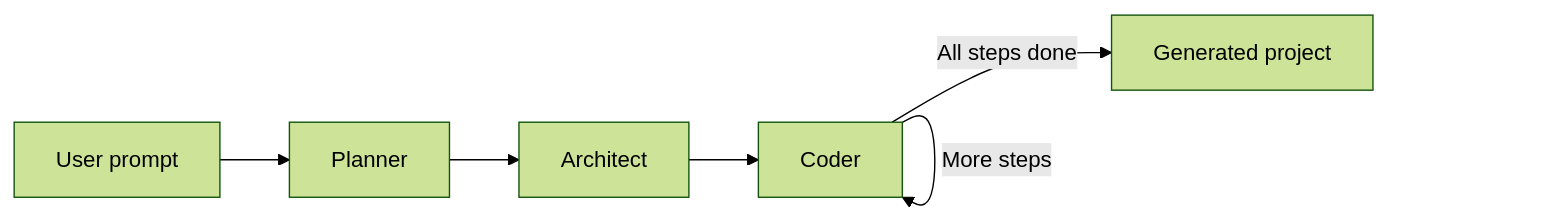
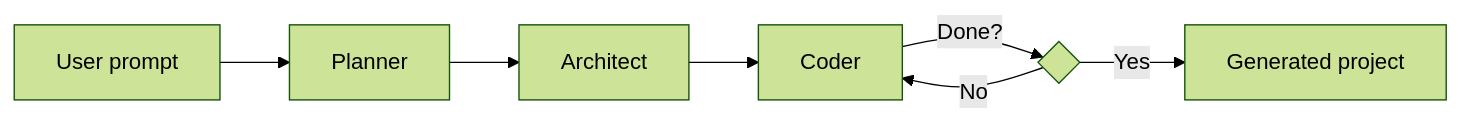
One commit to adityaxxz/Adra-AI changed the diagram in README.md. Above: the diagram before and after it, drawn with Mermaid (forest theme). The commit also changed other lines of this file and 20 other files, not shown here.

````diff
--- a/README.md
+++ b/README.md
@@ -7,8 +7,10 @@
 ```mermaid
 flowchart LR
     A[User prompt] --> B[Planner]
     B --> C[Architect]
     C --> D[Coder]
-    D -->|More steps| D
-    D -->|All steps done| E[Generated project]
+    D -->|Done?| F{ }
+
+    F -->|No| D
+    F -->|Yes| E[Generated project]
 ```
````
